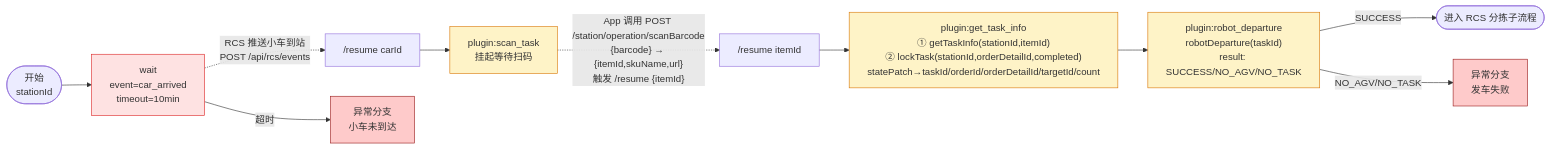
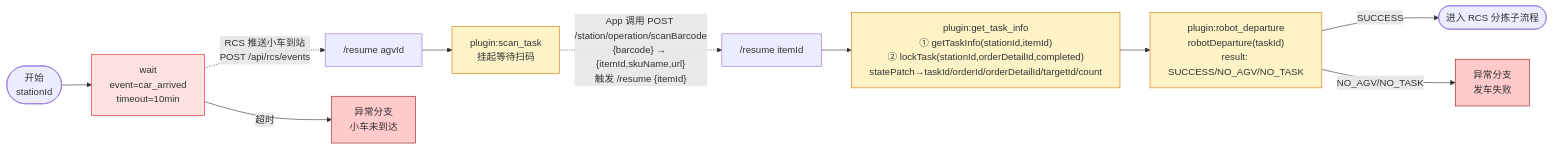
One commit to junqing258/ses-flow changed the third of 6 diagrams in docs/plans/分拣场景规划.md. Above: the diagram before and after it, drawn with Mermaid. The commit also changed other lines of this file, not shown here.

````diff
--- a/docs/plans/分拣场景规划.md
+++ b/docs/plans/分拣场景规划.md
@@ -176,20 +176,20 @@
 ```mermaid
 flowchart LR
     ENTRY(["开始\nstationId"]) --> W1[wait<br/>event=car_arrived<br/>timeout=10min]
-    W1 -.RCS 推送小车到站<br/>POST /api/rcs/events.-> W1R["/resume carId"]
+    W1 -.RCS 推送小车到站<br/>POST /api/rcs/events.-> W1R["/resume agvId"]
     W1R --> S1[plugin:scan_task<br/>挂起等待扫码]
     S1 -."App 调用 POST /station/operation/scanBarcode<br/>{barcode} → {itemId,skuName,url}<br/>触发 /resume {itemId}".-> S1R["/resume itemId"]
     S1R --> P1["plugin:get_task_info<br/>① getTaskInfo(stationId,itemId)<br/>② lockTask(stationId,orderDetailId,completed)<br/>statePatch→taskId/orderId/orderDetailId/targetId/count"]
     P1 --> P2["plugin:robot_departure<br/>robotDeparture(taskId)<br/>result: SUCCESS/NO_AGV/NO_TASK"]
     P2 -- SUCCESS --> OUT([进入 RCS 分拣子流程])
     P2 -- NO_AGV/NO_TASK --> ERR2[异常分支<br/>发车失败]
 
     W1 -- 超时 --> ERR1[异常分支<br/>小车未到达]
 
     classDef plugin fill:#fef3c7,stroke:#d97706
     classDef wait fill:#fee2e2,stroke:#dc2626
     classDef err fill:#fecaca,stroke:#991b1b
     class S1,P1,P2 plugin
     class W1 wait
     class ERR1,ERR2 err
 ```
````
